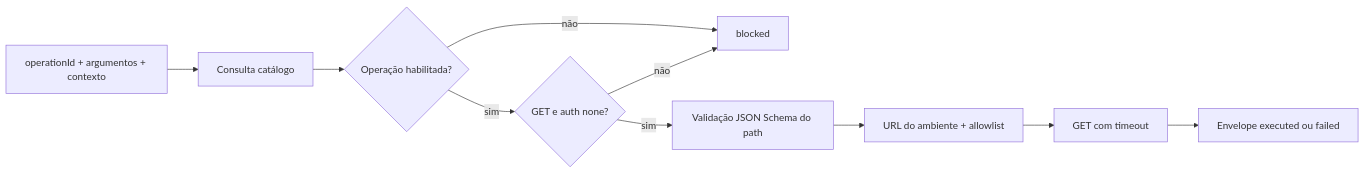
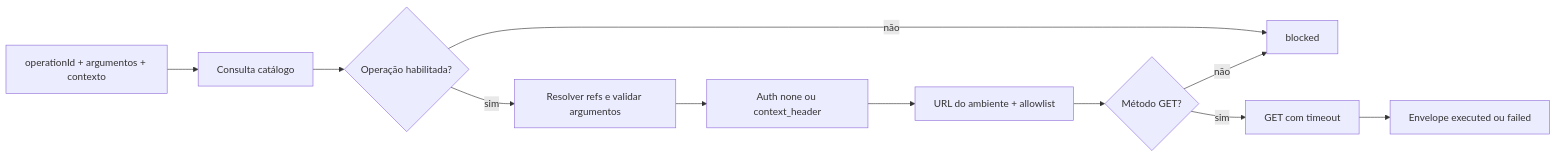
One commit to ChristianGandra21/indusguard changed the third of 3 diagrams in docs/GUIA_COMPLETO.md. Above: the diagram before and after it, drawn with Mermaid. The commit also changed other lines of this file and 12 other files, not shown here.

Commit message:
feat: support OpenAPI arguments and context auth

````diff
--- a/docs/GUIA_COMPLETO.md
+++ b/docs/GUIA_COMPLETO.md
@@ -1528,12 +1551,13 @@
 ```mermaid
 flowchart LR
     I[operationId + argumentos + contexto] --> C[Consulta catálogo]
     C --> P{Operação habilitada?}
     P -- não --> B[blocked]
-    P -- sim --> G{GET e auth none?}
+    P -- sim --> J[Resolver refs e validar argumentos]
+    J --> A[Auth none ou context_header]
+    A --> U[URL do ambiente + allowlist]
+    U --> G{Método GET?}
     G -- não --> B
-    G -- sim --> J[Validação JSON Schema do path]
-    J --> U[URL do ambiente + allowlist]
-    U --> H[GET com timeout]
+    G -- sim --> H[GET com timeout]
     H --> R[Envelope executed ou failed]
 ```
````
